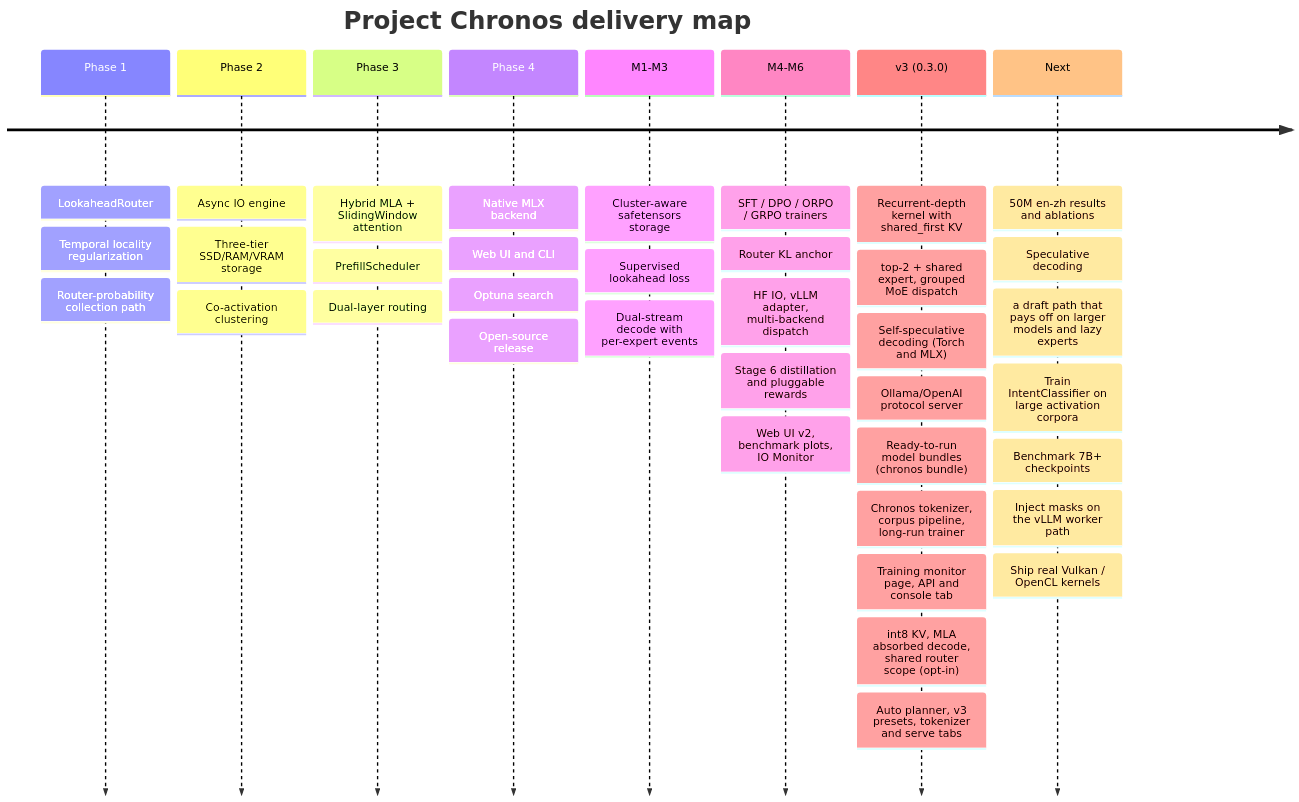
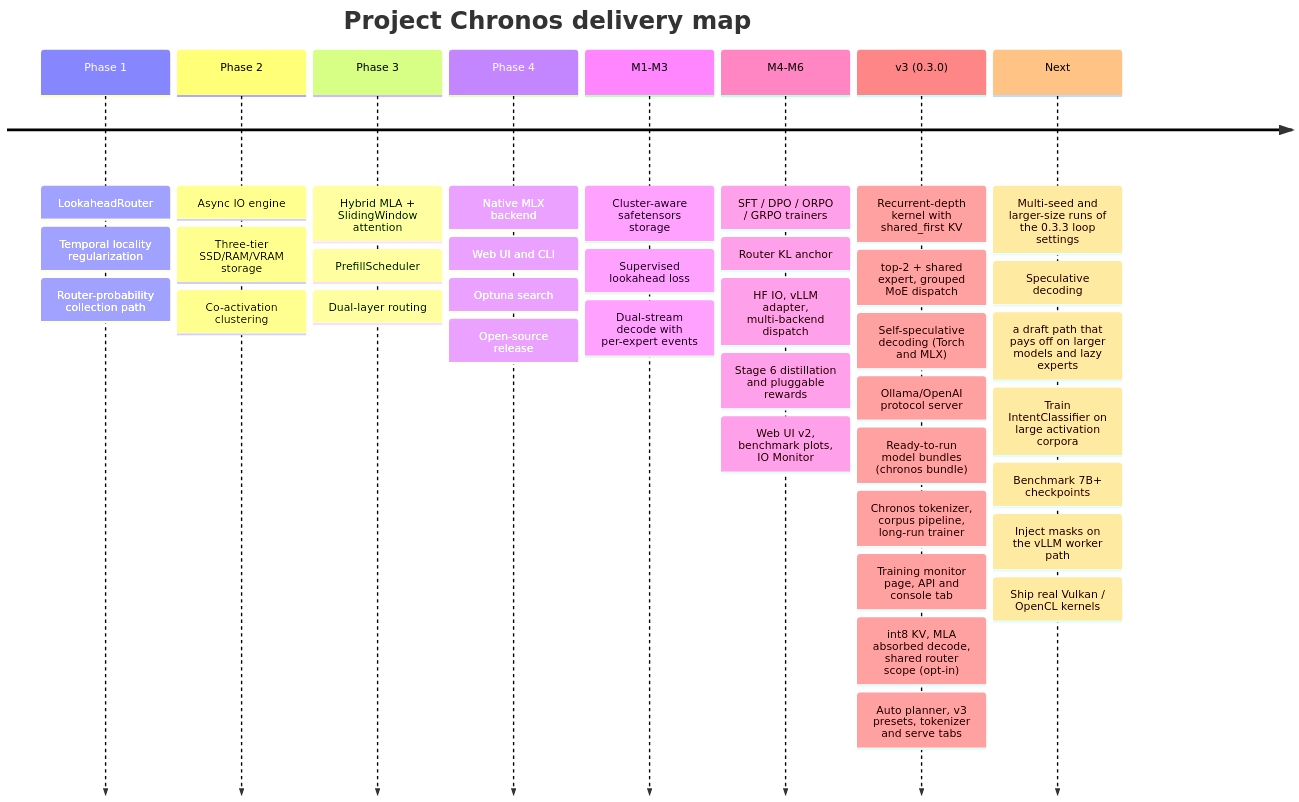
Before and after one commit to FonaTech/Project_Chronos: the seventh of 8 diagrams in README.md, drawn with Mermaid. The commit also changed other lines of this file and 37 other files, not shown here.

````diff
--- a/README.md
+++ b/README.md
@@ -870,48 +870,48 @@
 ```mermaid
 timeline
     title Project Chronos delivery map
     Phase 1
         : LookaheadRouter
         : Temporal locality regularization
         : Router-probability collection path
     Phase 2
         : Async IO engine
         : Three-tier SSD/RAM/VRAM storage
         : Co-activation clustering
     Phase 3
         : Hybrid MLA + SlidingWindow attention
         : PrefillScheduler
         : Dual-layer routing
     Phase 4
         : Native MLX backend
         : Web UI and CLI
         : Optuna search
         : Open-source release
     M1-M3
         : Cluster-aware safetensors storage
         : Supervised lookahead loss
         : Dual-stream decode with per-expert events
     M4-M6
         : SFT / DPO / ORPO / GRPO trainers
         : Router KL anchor
         : HF IO, vLLM adapter, multi-backend dispatch
         : Stage 6 distillation and pluggable rewards
         : Web UI v2, benchmark plots, IO Monitor
     v3 (0.3.0)
         : Recurrent-depth kernel with shared_first KV
         : top-2 + shared expert, grouped MoE dispatch
         : Self-speculative decoding (Torch and MLX)
         : Ollama/OpenAI protocol server
         : Ready-to-run model bundles (chronos bundle)
         : Chronos tokenizer, corpus pipeline, long-run trainer
         : Training monitor page, API and console tab
         : int8 KV, MLA absorbed decode, shared router scope (opt-in)
         : Auto planner, v3 presets, tokenizer and serve tabs
     Next
-        : 50M en-zh results and ablations
+        : Multi-seed and larger-size runs of the 0.3.3 loop settings
         : Speculative decoding: a draft path that pays off on larger models and lazy experts
         : Train IntentClassifier on large activation corpora
         : Benchmark 7B+ checkpoints
         : Inject masks on the vLLM worker path
         : Ship real Vulkan / OpenCL kernels
 ```
````
